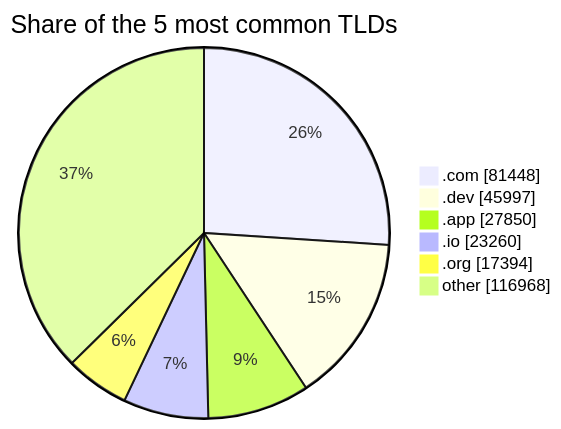
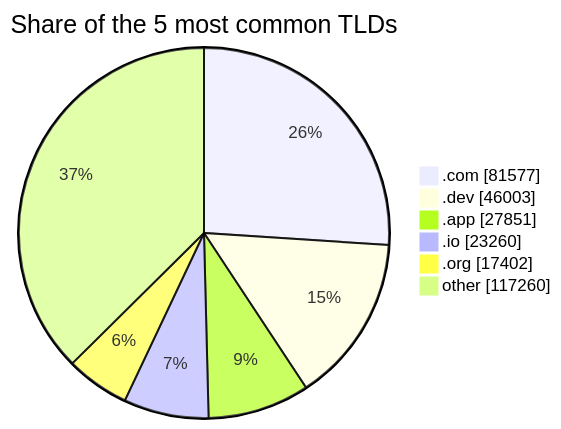
The third of 3 diagrams in README.md (DNSBunker/CTI), drawn with Mermaid before and after one commit. The commit also changed other lines of this file and 3 other files, not shown here.

````diff
--- a/README.md
+++ b/README.md
@@ -81,9 +81,9 @@
 ```mermaid
 pie showData title Share of the 5 most common TLDs
-    ".com" : 81448
-    ".dev" : 45997
-    ".app" : 27850
+    ".com" : 81577
+    ".dev" : 46003
+    ".app" : 27851
     ".io" : 23260
-    ".org" : 17394
-    "other" : 116968
+    ".org" : 17402
+    "other" : 117260
 ```
````
